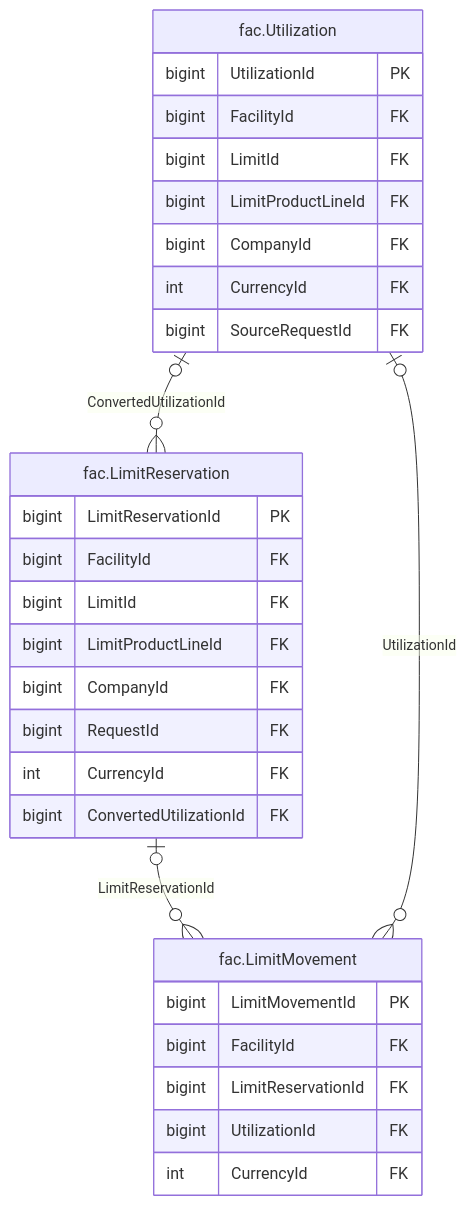
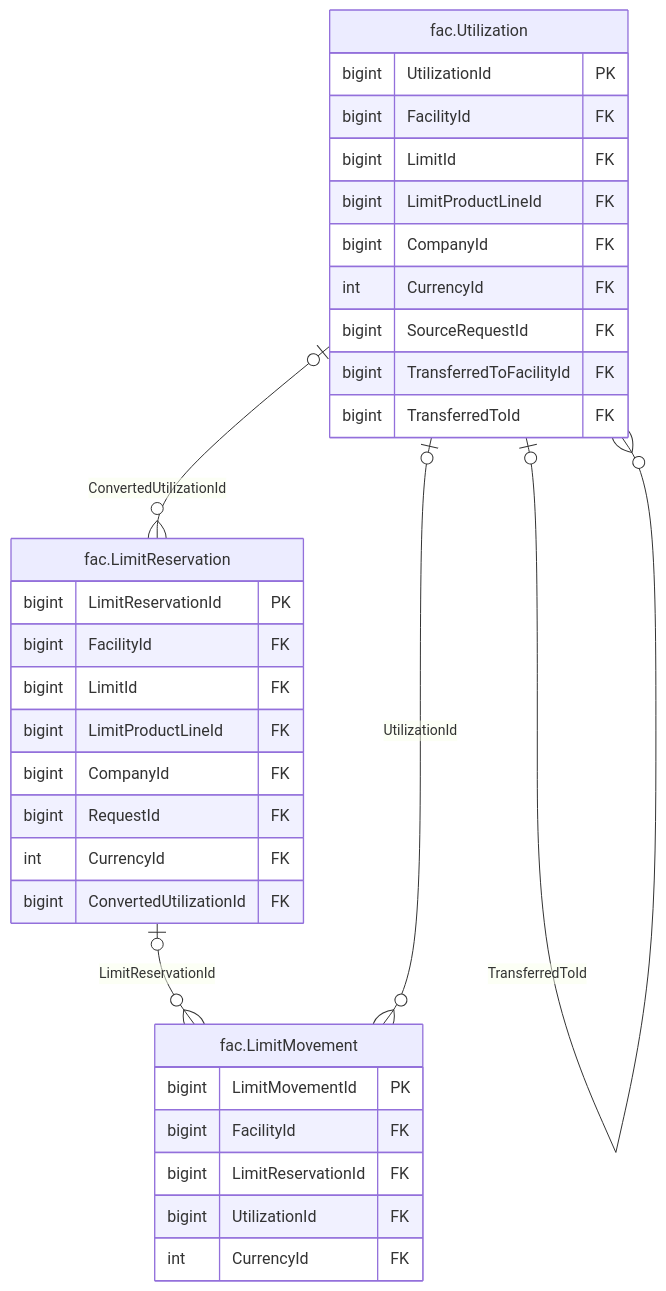
One commit to thawrasy/smartlines changed the diagram in treasury-platform/docs/diagrams/erd/m5_limits_2.mmd. Above: the diagram before and after it, drawn with Mermaid. The commit also changed 34 other files, not shown here.

First line of the commit message:
Design documents read their numbers from the DDL; module diagrams redrawn

```diff
--- a/treasury-platform/docs/diagrams/erd/m5_limits_2.mmd
+++ b/treasury-platform/docs/diagrams/erd/m5_limits_2.mmd
@@ -1,31 +1,34 @@
 %% م5 · الحدود والاستخدام والحجوزات (2/2) — Limits, utilisation & reservations
 erDiagram
   fac_Utilization["fac.Utilization"] {
     bigint UtilizationId PK
     bigint FacilityId FK
     bigint LimitId FK
     bigint LimitProductLineId FK
     bigint CompanyId FK
     int CurrencyId FK
     bigint SourceRequestId FK
+    bigint TransferredToFacilityId FK
+    bigint TransferredToId FK
   }
   fac_LimitReservation["fac.LimitReservation"] {
     bigint LimitReservationId PK
     bigint FacilityId FK
     bigint LimitId FK
     bigint LimitProductLineId FK
     bigint CompanyId FK
     bigint RequestId FK
     int CurrencyId FK
     bigint ConvertedUtilizationId FK
   }
   fac_LimitMovement["fac.LimitMovement"] {
     bigint LimitMovementId PK
     bigint FacilityId FK
     bigint LimitReservationId FK
     bigint UtilizationId FK
     int CurrencyId FK
   }
   fac_LimitReservation |o--o{ fac_LimitMovement : "LimitReservationId"
   fac_Utilization |o--o{ fac_LimitMovement : "UtilizationId"
   fac_Utilization |o--o{ fac_LimitReservation : "ConvertedUtilizationId"
+  fac_Utilization |o--o{ fac_Utilization : "TransferredToId"
```
